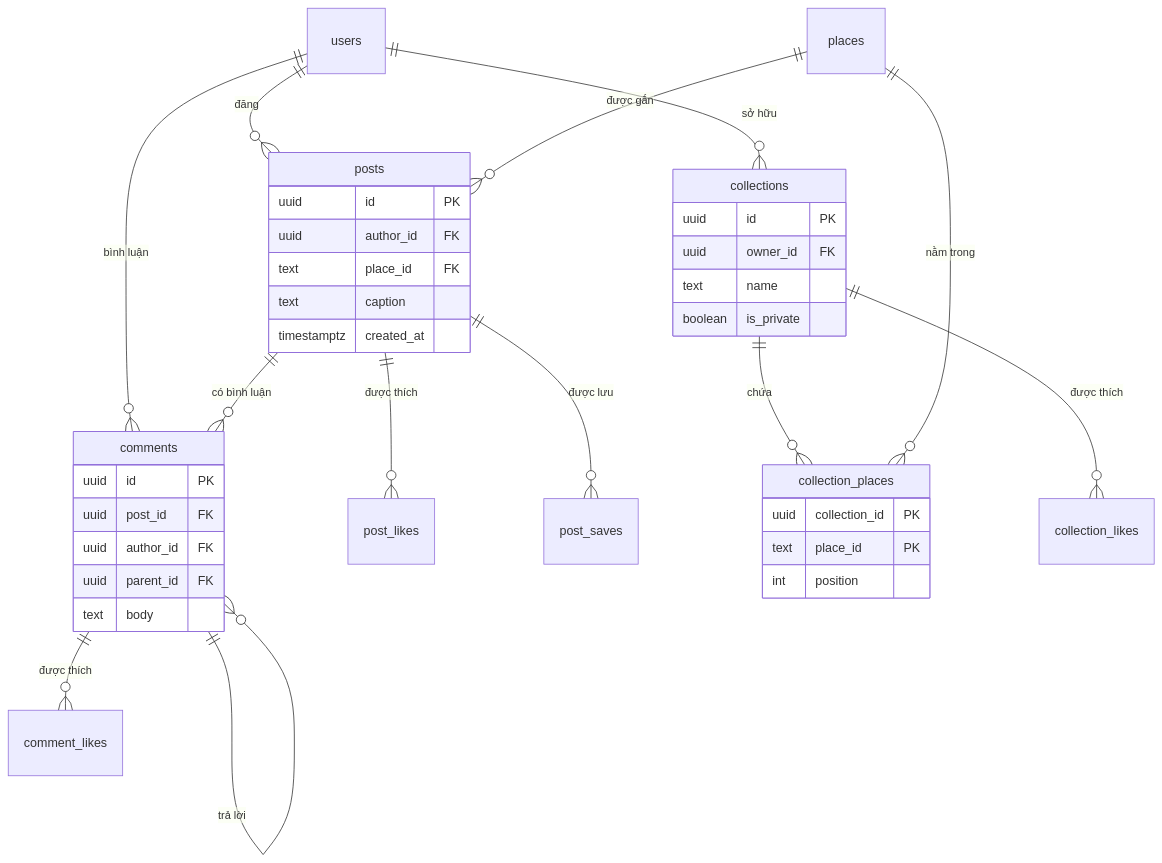
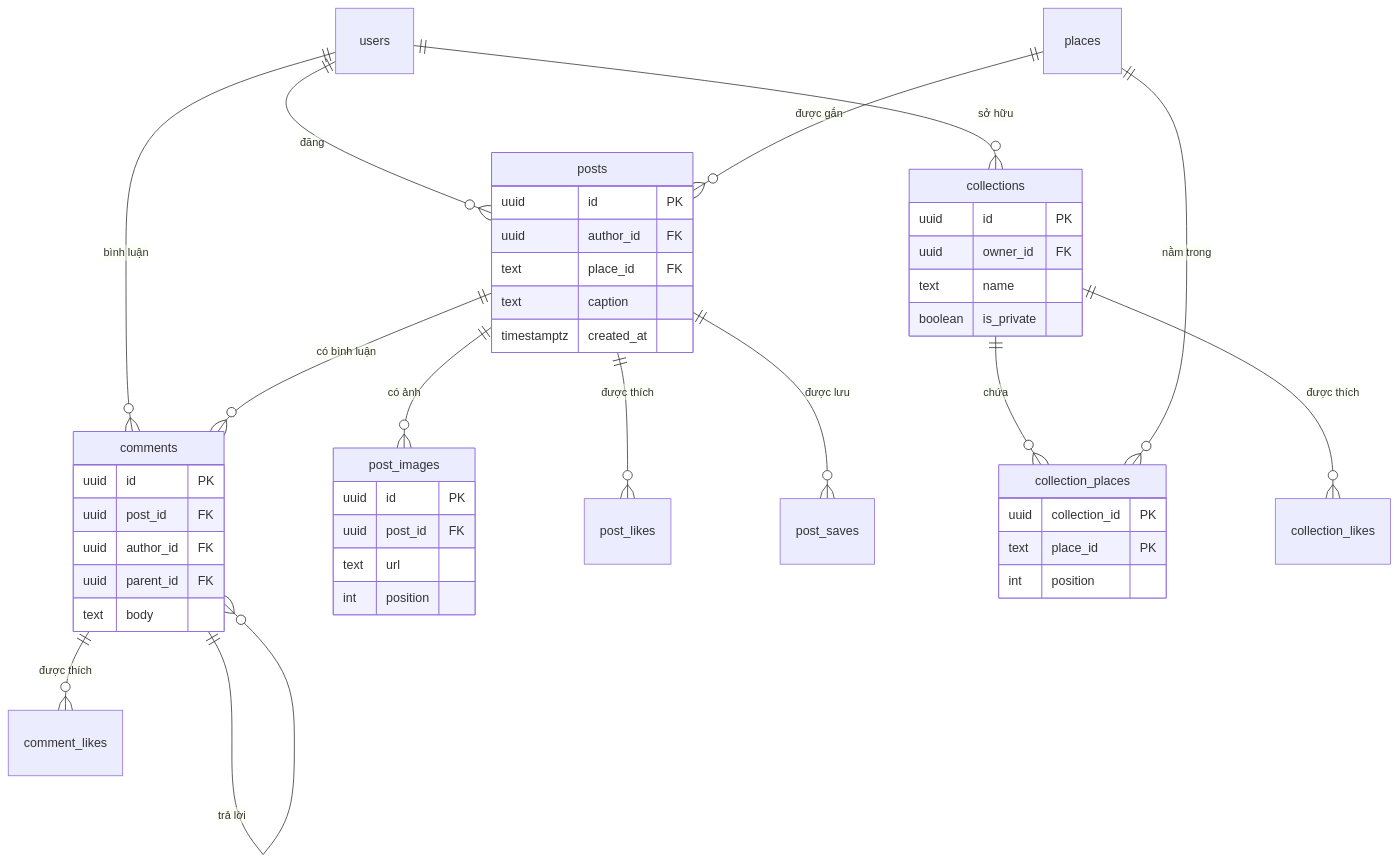
The fourth of 14 diagrams in docs/bao-cao/BAO-CAO-DO-AN.md (longqt321/Rendez-PBL6), drawn with Mermaid before and after one commit. The commit also changed other lines of this file, not shown here.

````diff
--- a/docs/bao-cao/BAO-CAO-DO-AN.md
+++ b/docs/bao-cao/BAO-CAO-DO-AN.md
@@ -294,41 +310,48 @@
 ```mermaid
 erDiagram
   users ||--o{ posts : "đăng"
   users ||--o{ comments : "bình luận"
   users ||--o{ collections : "sở hữu"
   places ||--o{ posts : "được gắn"
+  posts ||--o{ post_images : "có ảnh"
   posts ||--o{ post_likes : "được thích"
   posts ||--o{ post_saves : "được lưu"
   posts ||--o{ comments : "có bình luận"
   comments ||--o{ comment_likes : "được thích"
   comments ||--o{ comments : "trả lời"
   collections ||--o{ collection_places : "chứa"
   collections ||--o{ collection_likes : "được thích"
   places ||--o{ collection_places : "nằm trong"
 
   posts {
     uuid id PK
     uuid author_id FK
     text place_id FK
     text caption
     timestamptz created_at
+  }
+  post_images {
+    uuid id PK
+    uuid post_id FK
+    text url
+    int position
   }
   comments {
     uuid id PK
     uuid post_id FK
     uuid author_id FK
     uuid parent_id FK
     text body
   }
   collections {
     uuid id PK
     uuid owner_id FK
     text name
     boolean is_private
   }
   collection_places {
     uuid collection_id PK
     text place_id PK
     int position
   }
 ```
````
